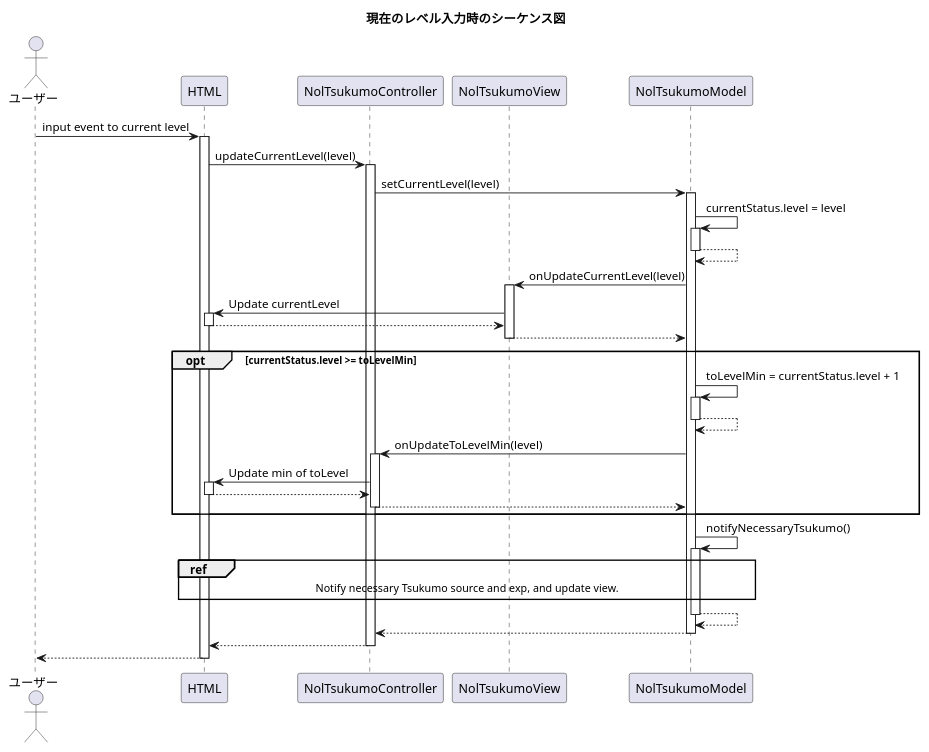
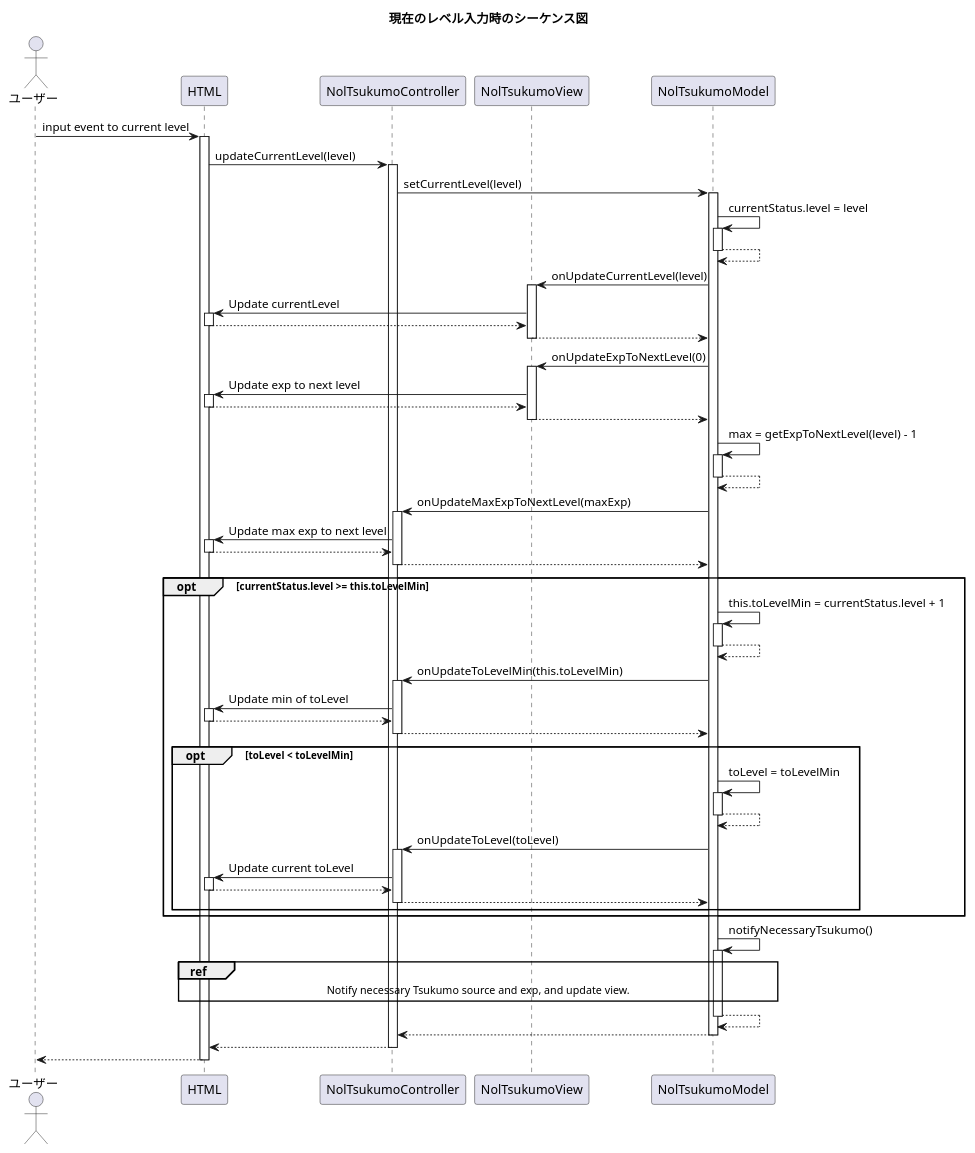
One commit to MinoruSekine/nol_tsukumo changed the diagram in uml/seq_current_level.pu. Above: the diagram before and after it, drawn with PlantUML. The commit also changed 2 other files, not shown here.

Commit message:
refactoring: Modified into Model-View-Controller architecture. (#18)

```diff
--- a/uml/seq_current_level.pu
+++ b/uml/seq_current_level.pu
@@ -1,37 +1,55 @@
 @startuml
 
 title 現在のレベル入力時のシーケンス図
 
 actor ユーザー as user
 participant HTML
 participant NolTsukumoController
 participant NolTsukumoView
 participant NolTsukumoModel
 
 user -> HTML++ : input event to current level
                   HTML -> NolTsukumoController++ : updateCurrentLevel(level)
                     NolTsukumoController -> NolTsukumoModel++ : setCurrentLevel(level)
                       NolTsukumoModel -> NolTsukumoModel++ : currentStatus.level = level
                       return
                       NolTsukumoModel -> NolTsukumoView++ : onUpdateCurrentLevel(level)
                               NolTsukumoView -> HTML++ : Update currentLevel
-                              return        
+                              return
                       return
-                      opt currentStatus.level >= toLevelMin
-                        NolTsukumoModel -> NolTsukumoModel++ : toLevelMin = currentStatus.level + 1
+                      NolTsukumoModel -> NolTsukumoView++ : onUpdateExpToNextLevel(0)
+                        NolTsukumoView -> HTML++ : Update exp to next level
                         return
-                        NolTsukumoModel -> NolTsukumoController++ : onUpdateToLevelMin(level)
+                      return
+                      NolTsukumoModel -> NolTsukumoModel++ : max = getExpToNextLevel(level) - 1
+                      return
+                      NolTsukumoModel -> NolTsukumoController++ : onUpdateMaxExpToNextLevel(maxExp)
+                        NolTsukumoController -> HTML++ : Update max exp to next level
+                        return
+                      return
+                      opt currentStatus.level >= this.toLevelMin
+                        NolTsukumoModel -> NolTsukumoModel++ : this.toLevelMin = currentStatus.level + 1
+                        return
+                        NolTsukumoModel -> NolTsukumoController++ : onUpdateToLevelMin(this.toLevelMin)
                           NolTsukumoController -> HTML++ : Update min of toLevel
                           return        
                         return
+                        opt toLevel < toLevelMin
+                          NolTsukumoModel -> NolTsukumoModel++ : toLevel = toLevelMin
+                          return
+                          NolTsukumoModel -> NolTsukumoController++ : onUpdateToLevel(toLevel)
+                            NolTsukumoController -> HTML++ : Update current toLevel
+                            return        
+                          return
+                        end
                       end
                       NolTsukumoModel -> NolTsukumoModel++ : notifyNecessaryTsukumo()
                         ref over NolTsukumoModel, NolTsukumoView, HTML
                           Notify necessary Tsukumo source and exp, and update view.
                       end ref
                       return
                     return
                   return    
 return
 
 @enduml
```
